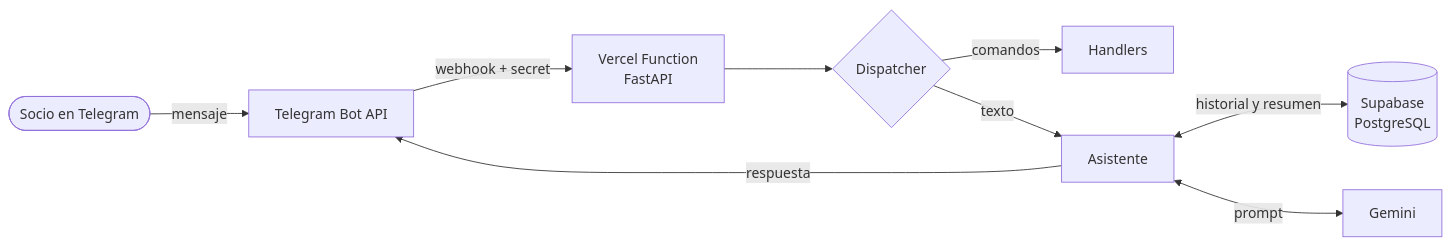
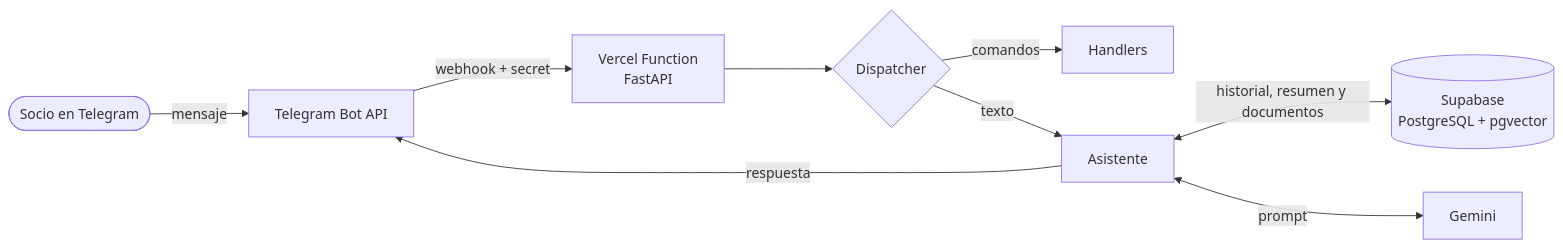
The diagram in README.md (AleSklate0807/rody-bot-rtcArrecifes), drawn with Mermaid before and after one commit. The commit also changed other lines of this file and 12 other files, not shown here.

````diff
--- a/README.md
+++ b/README.md
@@ -57,11 +57,11 @@
 ```mermaid
 flowchart LR
     U([Socio en Telegram]) -->|mensaje| TG[Telegram Bot API]
     TG -->|webhook + secret| V["Vercel Function<br/>FastAPI"]
     V --> D{Dispatcher}
     D -->|comandos| H[Handlers]
     D -->|texto| A[Asistente]
-    A <-->|historial y resumen| DB[(Supabase<br/>PostgreSQL)]
+    A <-->|historial, resumen y documentos| DB[(Supabase<br/>PostgreSQL + pgvector)]
     A <-->|prompt| G[Gemini]
     A -->|respuesta| TG
 ```
````
